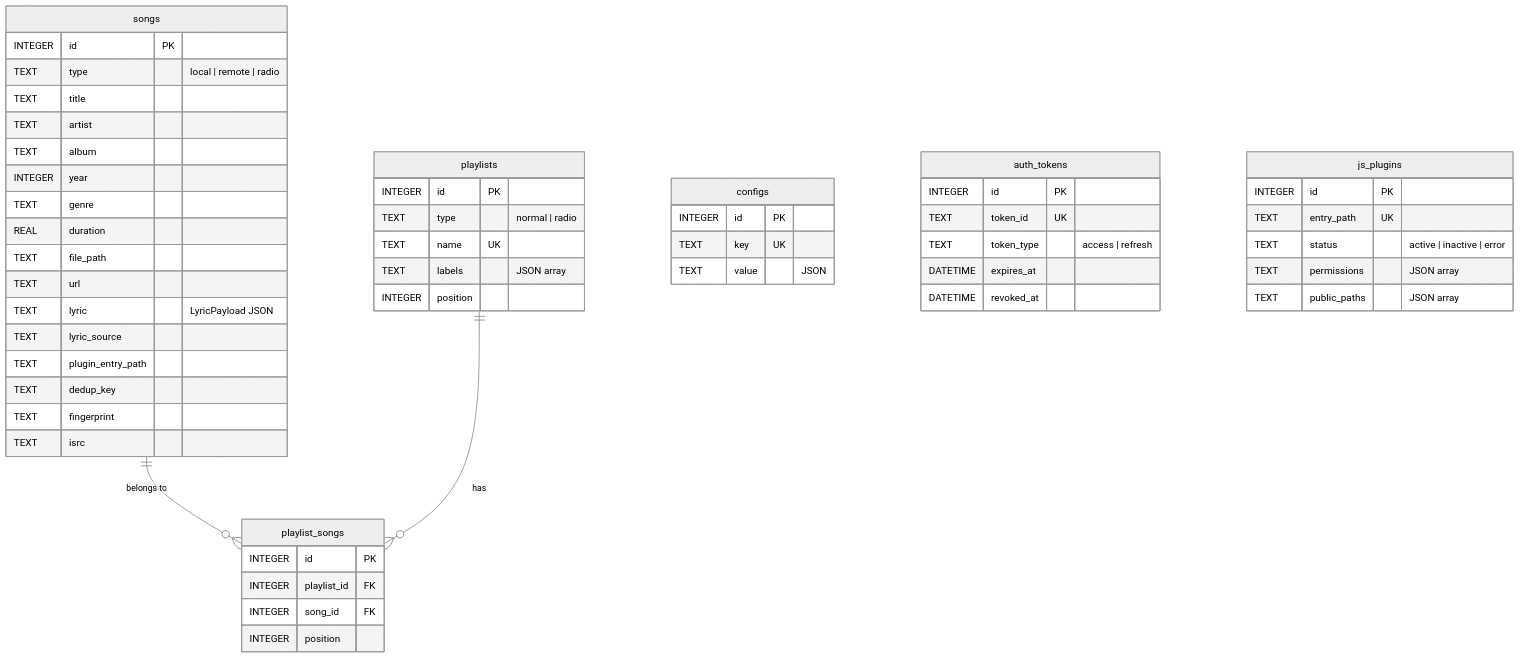
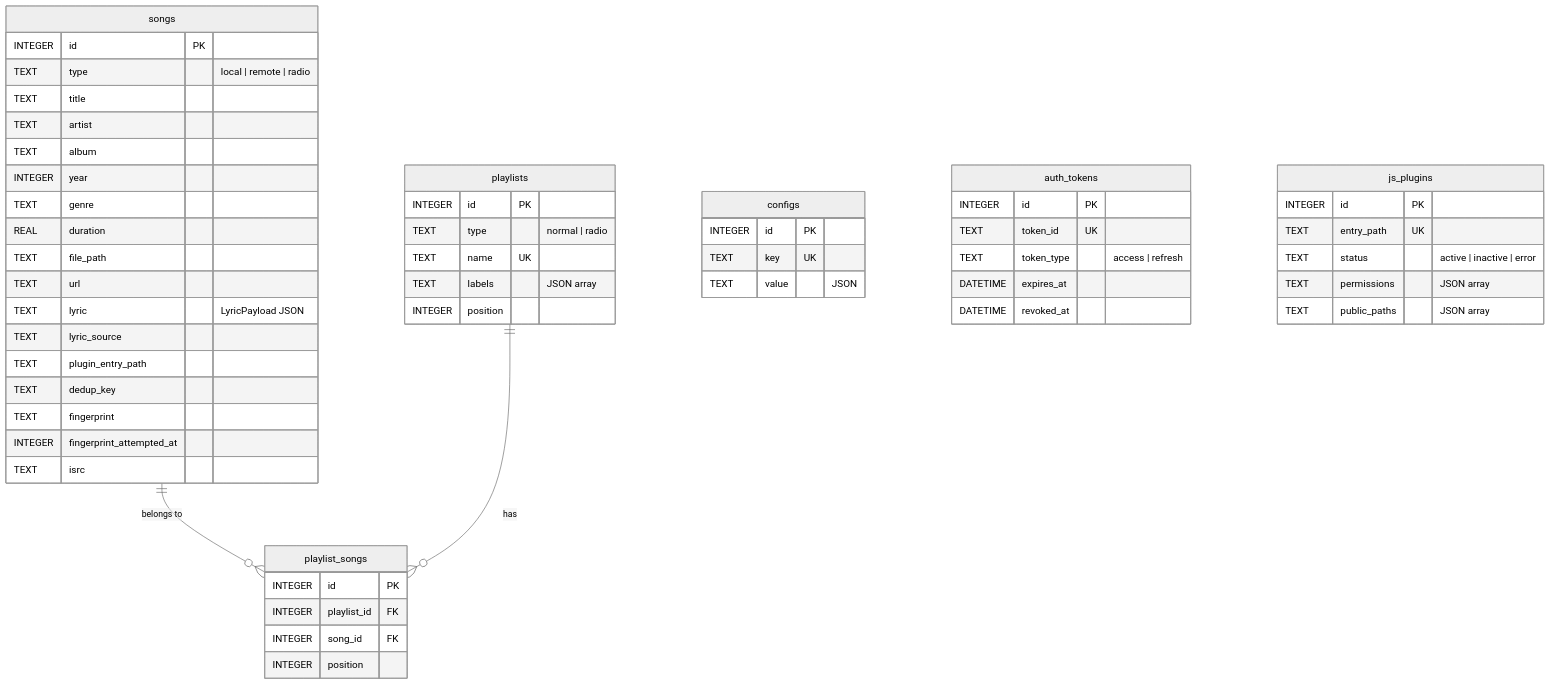
Before and after one commit to MambaOutZY/songloft-gemini: the first of 2 diagrams in docs/en/repowiki/数据模型设计.md, drawn with Mermaid (neutral theme). The commit also changed other lines of this file and 32 other files, not shown here.

````diff
--- a/docs/en/repowiki/数据模型设计.md
+++ b/docs/en/repowiki/数据模型设计.md
@@ -47,56 +48,57 @@
 ```mermaid
 erDiagram
     songs ||--o{ playlist_songs : "belongs to"
     playlists ||--o{ playlist_songs : "has"
 
     songs {
         INTEGER id PK
         TEXT type "local | remote | radio"
         TEXT title
         TEXT artist
         TEXT album
         INTEGER year
         TEXT genre
         REAL duration
         TEXT file_path
         TEXT url
         TEXT lyric "LyricPayload JSON"
         TEXT lyric_source
         TEXT plugin_entry_path
         TEXT dedup_key
         TEXT fingerprint
+        INTEGER fingerprint_attempted_at
         TEXT isrc
     }
     playlists {
         INTEGER id PK
         TEXT type "normal | radio"
         TEXT name UK
         TEXT labels "JSON array"
         INTEGER position
     }
     playlist_songs {
         INTEGER id PK
         INTEGER playlist_id FK
         INTEGER song_id FK
         INTEGER position
     }
     configs {
         INTEGER id PK
         TEXT key UK
         TEXT value "JSON"
     }
     auth_tokens {
         INTEGER id PK
         TEXT token_id UK
         TEXT token_type "access | refresh"
         DATETIME expires_at
         DATETIME revoked_at
     }
     js_plugins {
         INTEGER id PK
         TEXT entry_path UK
         TEXT status "active | inactive | error"
         TEXT permissions "JSON array"
         TEXT public_paths "JSON array"
     }
 ```
````
